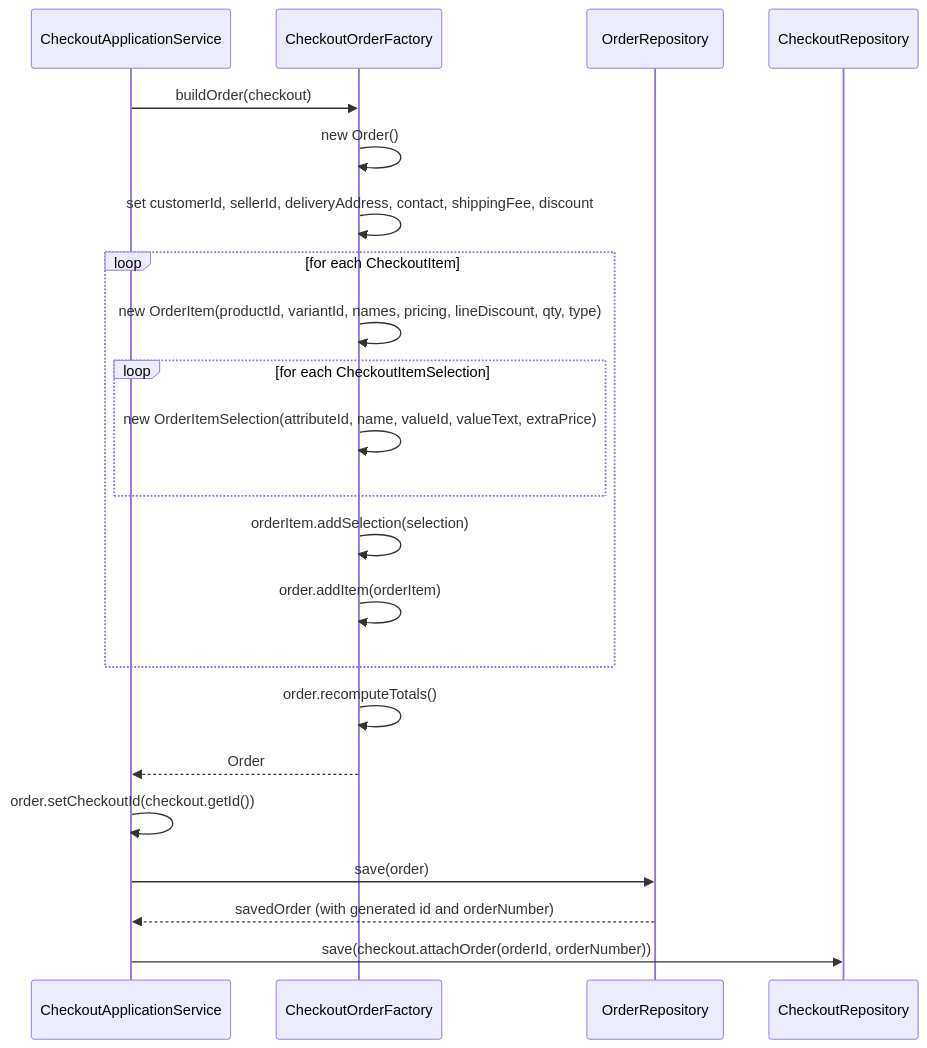
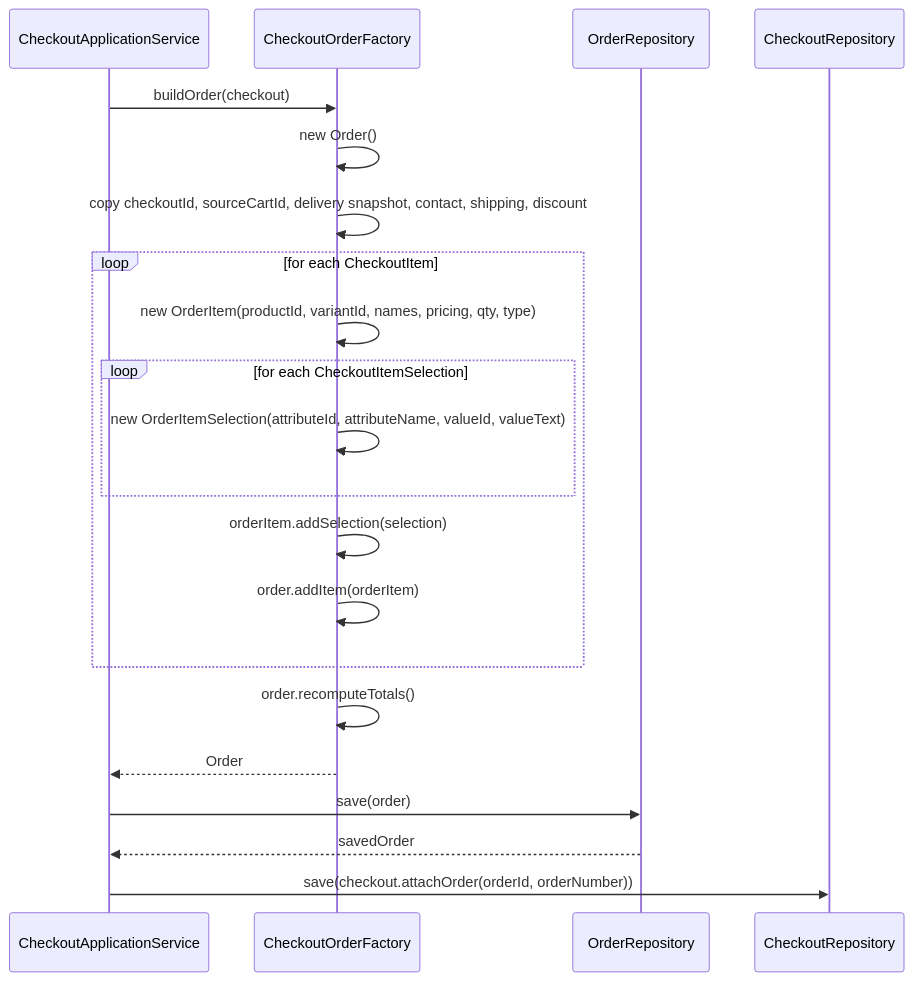
The fourth of 5 diagrams in documentation/11-order-uml.md (mohammadAlhajeen/bun_commerce-public), drawn with Mermaid before and after one commit. The commit also changed other lines of this file and 29 other files, not shown here.

````diff
--- a/documentation/11-order-uml.md
+++ b/documentation/11-order-uml.md
@@ -150,26 +140,25 @@
 ```mermaid
 sequenceDiagram
     participant CAS as CheckoutApplicationService
     participant COF as CheckoutOrderFactory
     participant OR as OrderRepository
     participant CR as CheckoutRepository
 
     CAS->>COF: buildOrder(checkout)
     COF->>COF: new Order()
-    COF->>COF: set customerId, sellerId, deliveryAddress, contact, shippingFee, discount
+    COF->>COF: copy checkoutId, sourceCartId, delivery snapshot, contact, shipping, discount
     loop for each CheckoutItem
-        COF->>COF: new OrderItem(productId, variantId, names, pricing, lineDiscount, qty, type)
+        COF->>COF: new OrderItem(productId, variantId, names, pricing, qty, type)
         loop for each CheckoutItemSelection
-            COF->>COF: new OrderItemSelection(attributeId, name, valueId, valueText, extraPrice)
+            COF->>COF: new OrderItemSelection(attributeId, attributeName, valueId, valueText)
         end
         COF->>COF: orderItem.addSelection(selection)
         COF->>COF: order.addItem(orderItem)
     end
     COF->>COF: order.recomputeTotals()
     COF-->>CAS: Order
 
-    CAS->>CAS: order.setCheckoutId(checkout.getId())
     CAS->>OR: save(order)
-    OR-->>CAS: savedOrder (with generated id and orderNumber)
+    OR-->>CAS: savedOrder
     CAS->>CR: save(checkout.attachOrder(orderId, orderNumber))
 ```
````
